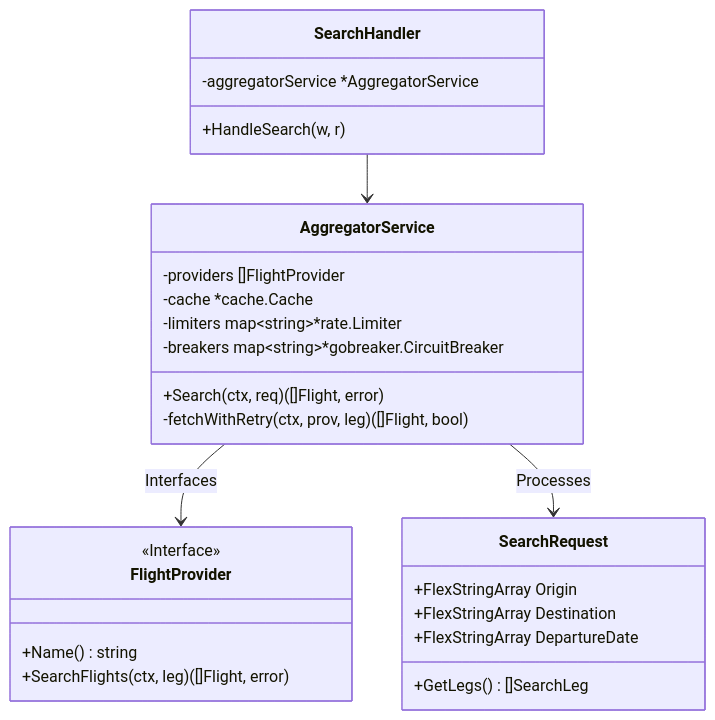
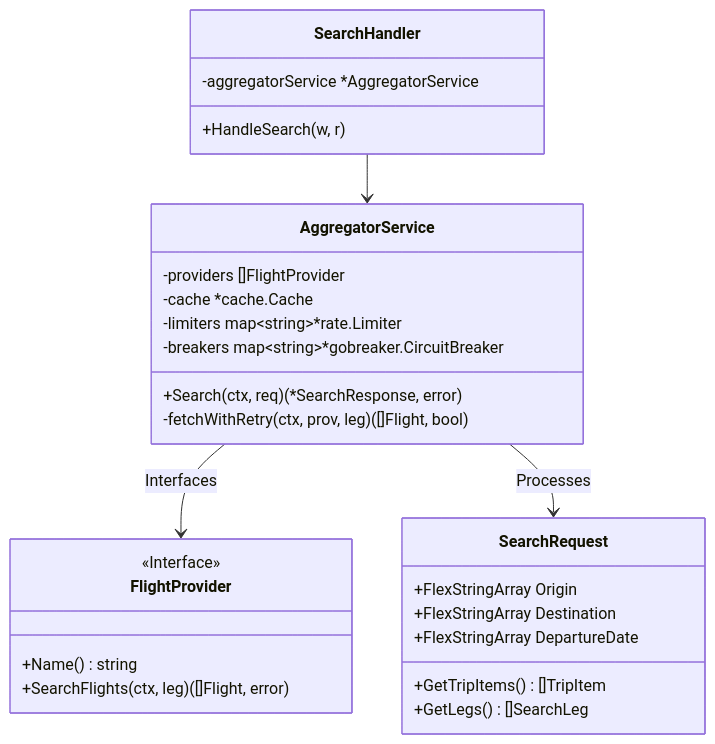
The fourth of 5 diagrams in README.md (pandusatrianura/heimdall-travel-service), drawn with Mermaid before and after one commit. The commit also changed other lines of this file and 13 other files, not shown here.

````diff
--- a/README.md
+++ b/README.md
@@ -418,30 +532,31 @@
 ```mermaid
 classDiagram
     class SearchHandler {
         -aggregatorService *AggregatorService
         +HandleSearch(w, r)
     }
     class AggregatorService {
         -providers []FlightProvider
         -cache *cache.Cache
         -limiters map~string~*rate.Limiter
         -breakers map~string~*gobreaker.CircuitBreaker
-        +Search(ctx, req) ([]Flight, error)
+        +Search(ctx, req) (*SearchResponse, error)
         -fetchWithRetry(ctx, prov, leg) ([]Flight, bool)
     }
     class FlightProvider {
         <<Interface>>
         +Name() string
         +SearchFlights(ctx, leg) ([]Flight, error)
     }
     class SearchRequest {
         +FlexStringArray Origin
         +FlexStringArray Destination
         +FlexStringArray DepartureDate
+        +GetTripItems() []TripItem
         +GetLegs() []SearchLeg
     }
     
     SearchHandler --> AggregatorService
     AggregatorService --> FlightProvider : Interfaces
     AggregatorService --> SearchRequest : Processes
 ```
````
